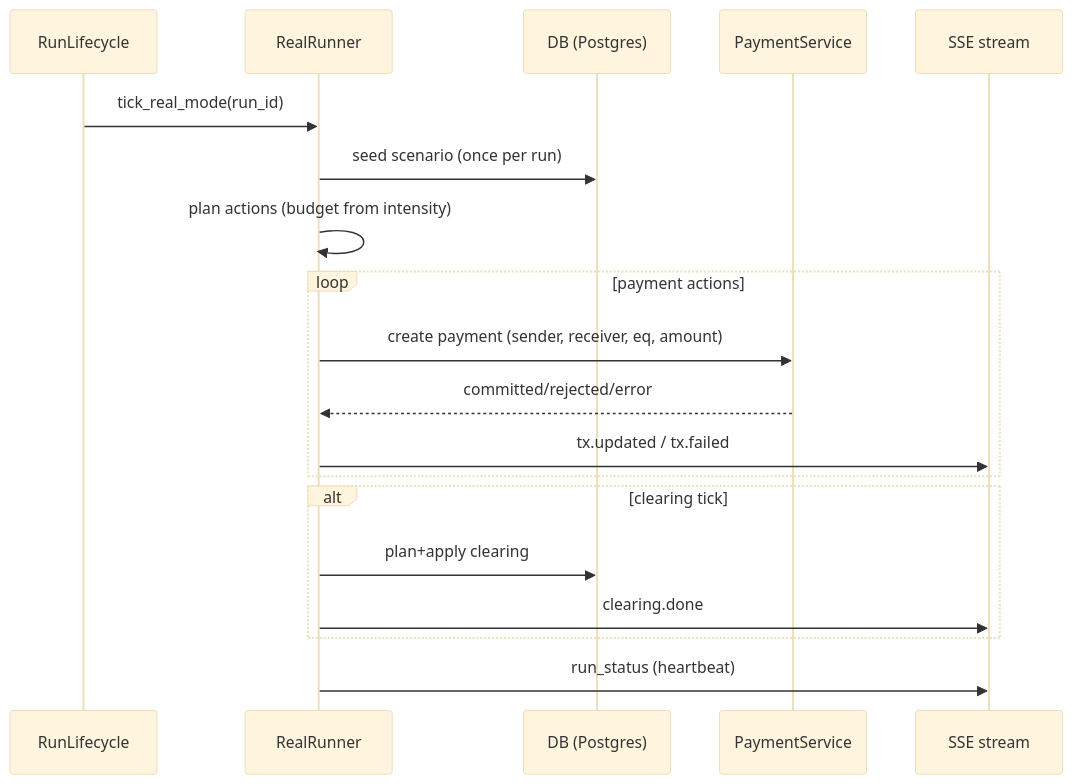
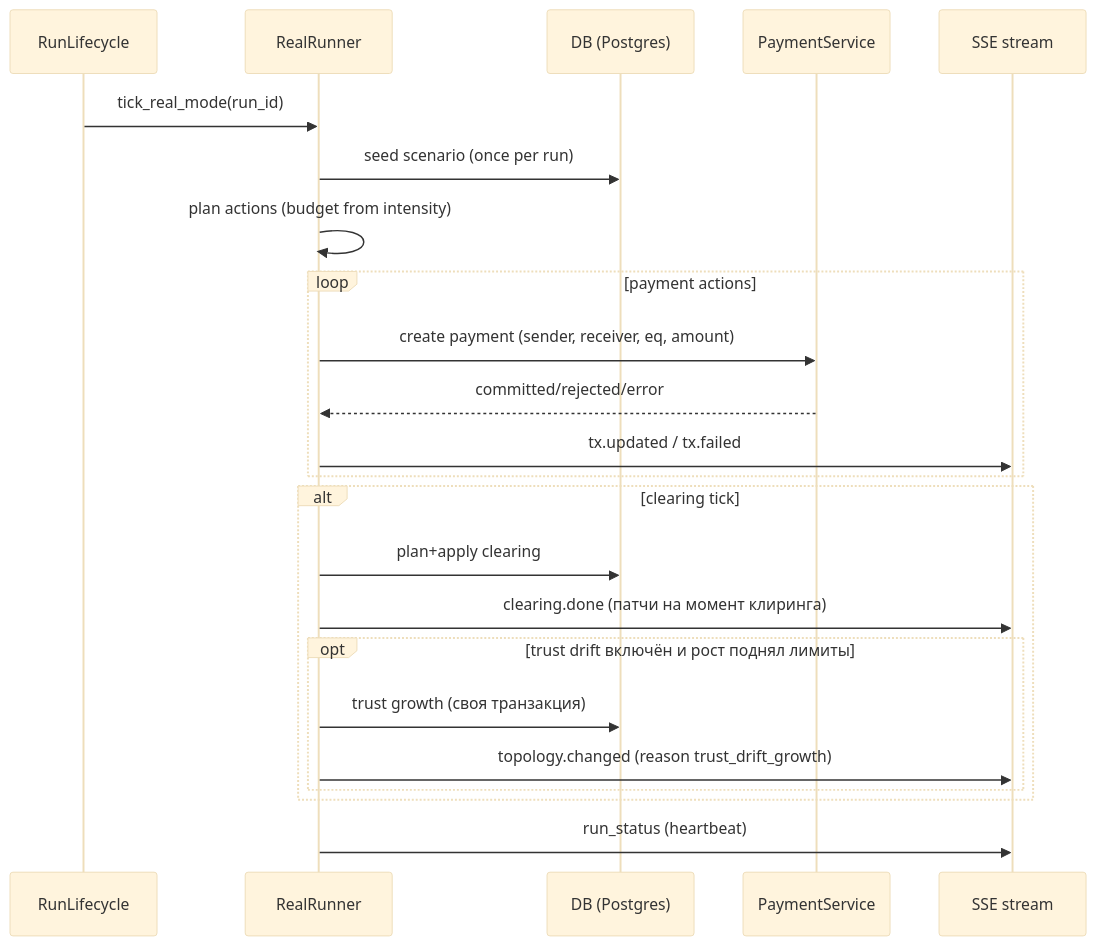
One commit to slawa19/GEOv0 changed the fourth of 4 diagrams in docs/ru/simulator/scenarios-and-engine.md. Above: the diagram before and after it, drawn with Mermaid (base theme). The commit also changed other lines of this file and 9 other files, not shown here.

First line of the commit message:
fix(039 D-fix): clearing.done before trust growth; the clearing's "was -> now" fits

````diff
--- a/docs/ru/simulator/scenarios-and-engine.md
+++ b/docs/ru/simulator/scenarios-and-engine.md
@@ -432,22 +432,26 @@
 ```mermaid
 sequenceDiagram
   participant RL as RunLifecycle
   participant RR as RealRunner
   participant DB as DB (Postgres)
   participant Pay as PaymentService
   participant SSE as SSE stream
 
   RL->>RR: tick_real_mode(run_id)
   RR->>DB: seed scenario (once per run)
   RR->>RR: plan actions (budget from intensity)
   loop payment actions
     RR->>Pay: create payment (sender, receiver, eq, amount)
     Pay-->>RR: committed/rejected/error
     RR->>SSE: tx.updated / tx.failed
   end
   alt clearing tick
     RR->>DB: plan+apply clearing
-    RR->>SSE: clearing.done
+    RR->>SSE: clearing.done (патчи на момент клиринга)
+    opt trust drift включён и рост поднял лимиты
+      RR->>DB: trust growth (своя транзакция)
+      RR->>SSE: topology.changed (reason trust_drift_growth)
+    end
   end
   RR->>SSE: run_status (heartbeat)
 ```
````
